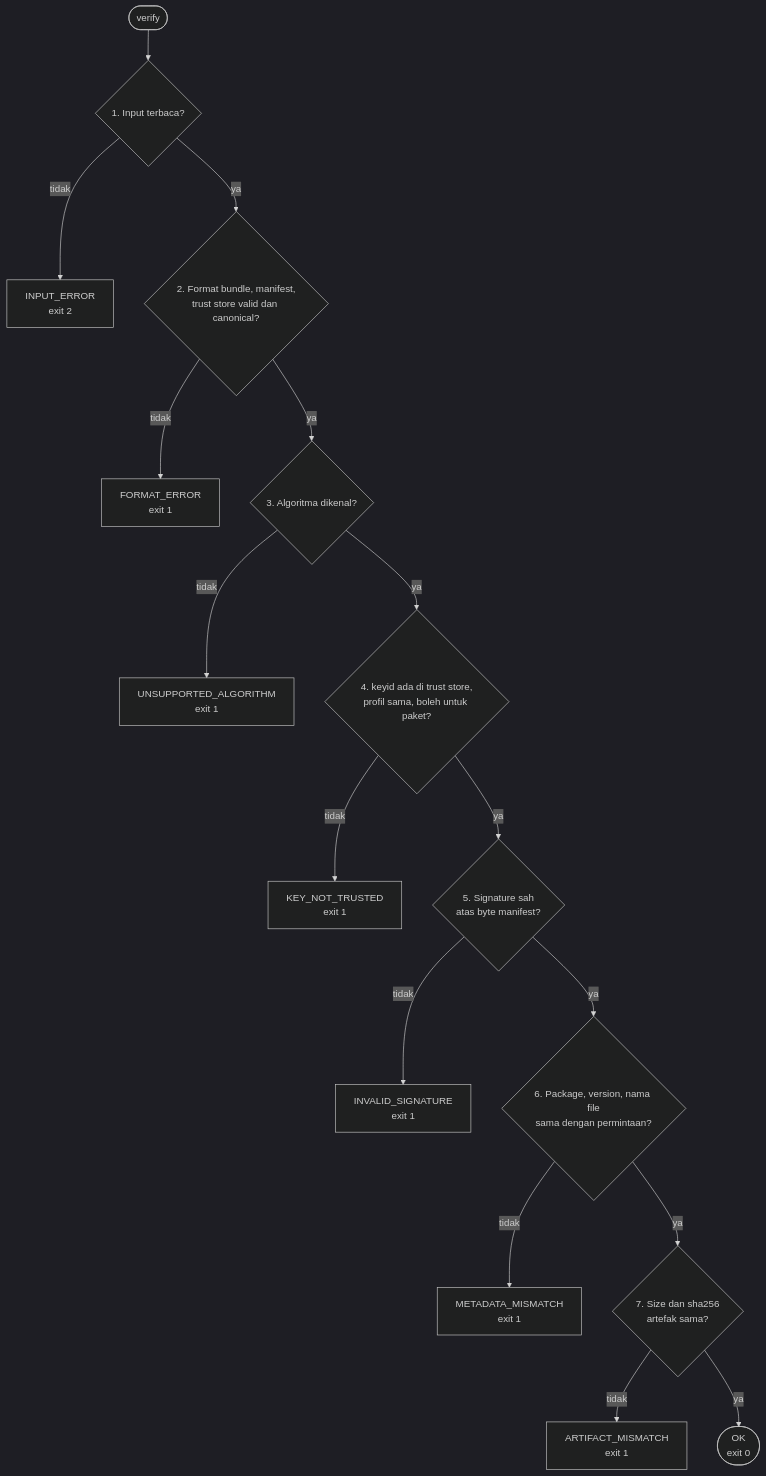
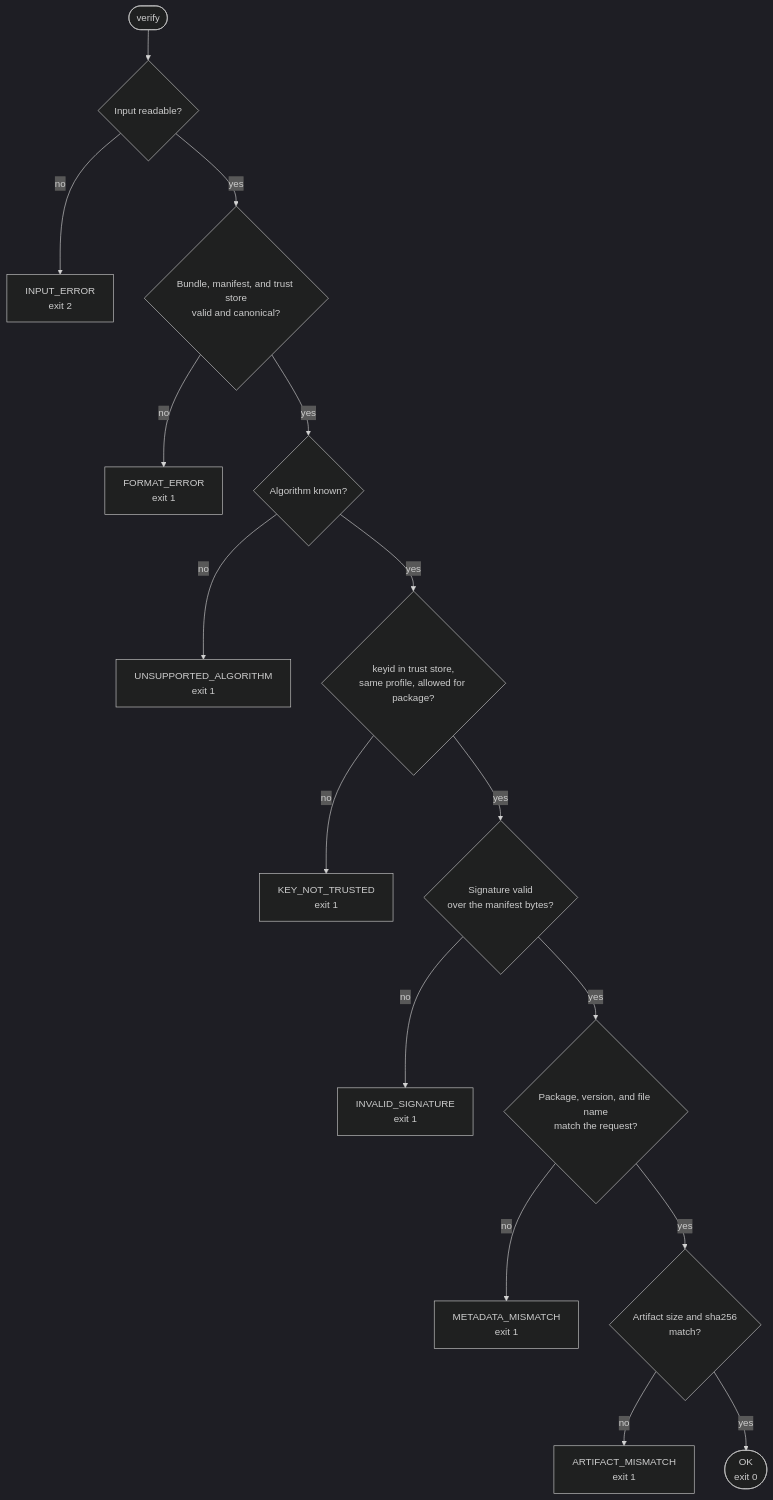
One commit to brii26/release-signer changed the second of 2 diagrams in docs/security.md. Above: the diagram before and after it, drawn with Mermaid (dark theme). The commit also changed other lines of this file and 17 other files, not shown here.

````diff
--- a/docs/security.md
+++ b/docs/security.md
@@ -62,18 +57,18 @@
 ```mermaid
 flowchart TD
-  S(["verify"]) --> C1{"1. Input terbaca?"}
-  C1 -- tidak --> F1["INPUT_ERROR<br/>exit 2"]
-  C1 -- ya --> C2{"2. Format bundle, manifest,<br/>trust store valid dan canonical?"}
-  C2 -- tidak --> F2["FORMAT_ERROR<br/>exit 1"]
-  C2 -- ya --> C3{"3. Algoritma dikenal?"}
-  C3 -- tidak --> F3["UNSUPPORTED_ALGORITHM<br/>exit 1"]
-  C3 -- ya --> C4{"4. keyid ada di trust store,<br/>profil sama, boleh untuk paket?"}
-  C4 -- tidak --> F4["KEY_NOT_TRUSTED<br/>exit 1"]
-  C4 -- ya --> C5{"5. Signature sah<br/>atas byte manifest?"}
-  C5 -- tidak --> F5["INVALID_SIGNATURE<br/>exit 1"]
-  C5 -- ya --> C6{"6. Package, version, nama file<br/>sama dengan permintaan?"}
-  C6 -- tidak --> F6["METADATA_MISMATCH<br/>exit 1"]
-  C6 -- ya --> C7{"7. Size dan sha256<br/>artefak sama?"}
-  C7 -- tidak --> F7["ARTIFACT_MISMATCH<br/>exit 1"]
-  C7 -- ya --> OK(["OK<br/>exit 0"])
+  S(["verify"]) --> C1{"Input readable?"}
+  C1 -- no --> F1["INPUT_ERROR<br/>exit 2"]
+  C1 -- yes --> C2{"Bundle, manifest, and trust store<br/>valid and canonical?"}
+  C2 -- no --> F2["FORMAT_ERROR<br/>exit 1"]
+  C2 -- yes --> C3{"Algorithm known?"}
+  C3 -- no --> F3["UNSUPPORTED_ALGORITHM<br/>exit 1"]
+  C3 -- yes --> C4{"keyid in trust store,<br/>same profile, allowed for package?"}
+  C4 -- no --> F4["KEY_NOT_TRUSTED<br/>exit 1"]
+  C4 -- yes --> C5{"Signature valid<br/>over the manifest bytes?"}
+  C5 -- no --> F5["INVALID_SIGNATURE<br/>exit 1"]
+  C5 -- yes --> C6{"Package, version, and file name<br/>match the request?"}
+  C6 -- no --> F6["METADATA_MISMATCH<br/>exit 1"]
+  C6 -- yes --> C7{"Artifact size and sha256<br/>match?"}
+  C7 -- no --> F7["ARTIFACT_MISMATCH<br/>exit 1"]
+  C7 -- yes --> OK(["OK<br/>exit 0"])
 ```
````
